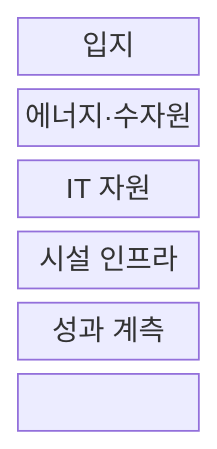
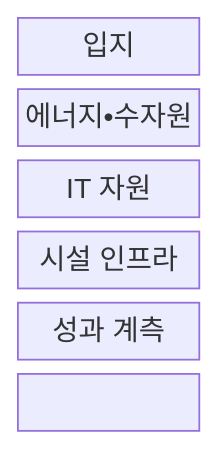
The first of 2 diagrams in src/content/docs/notes/06-evaluation/041_green_datacenter_design.md (agnusdei1207/knowledge-base), drawn with Mermaid before and after one commit. The commit also changed other lines of this file and 953 other files, not shown here.

````diff
--- a/src/content/docs/notes/06-evaluation/041_green_datacenter_design.md
+++ b/src/content/docs/notes/06-evaluation/041_green_datacenter_design.md
@@ -69,11 +69,11 @@
 ```mermaid
 block-beta
   columns 1
   L["입지"]
-  R["에너지·수자원"]
+  R["에너지•수자원"]
   I["IT 자원"]
   F["시설 인프라"]
   M["성과 계측"]
   L --> R --> I
   I --> F --> M
 ```
````
